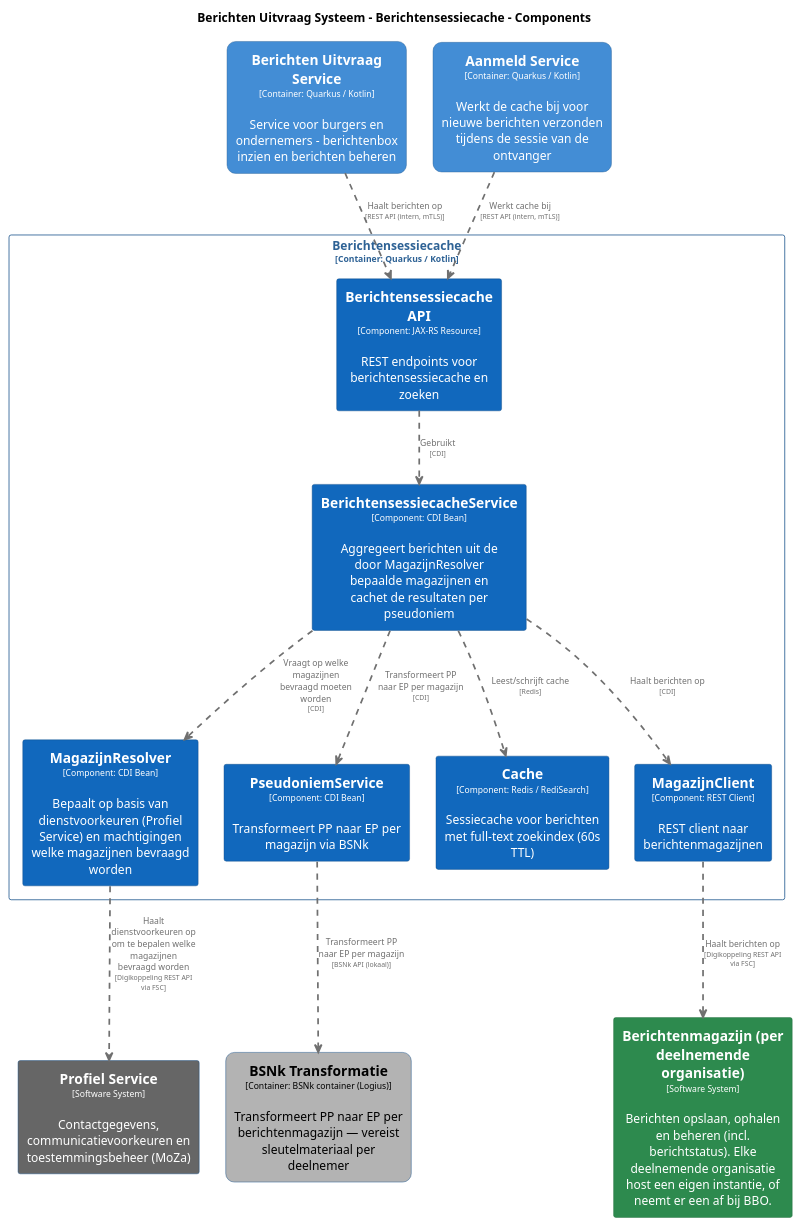
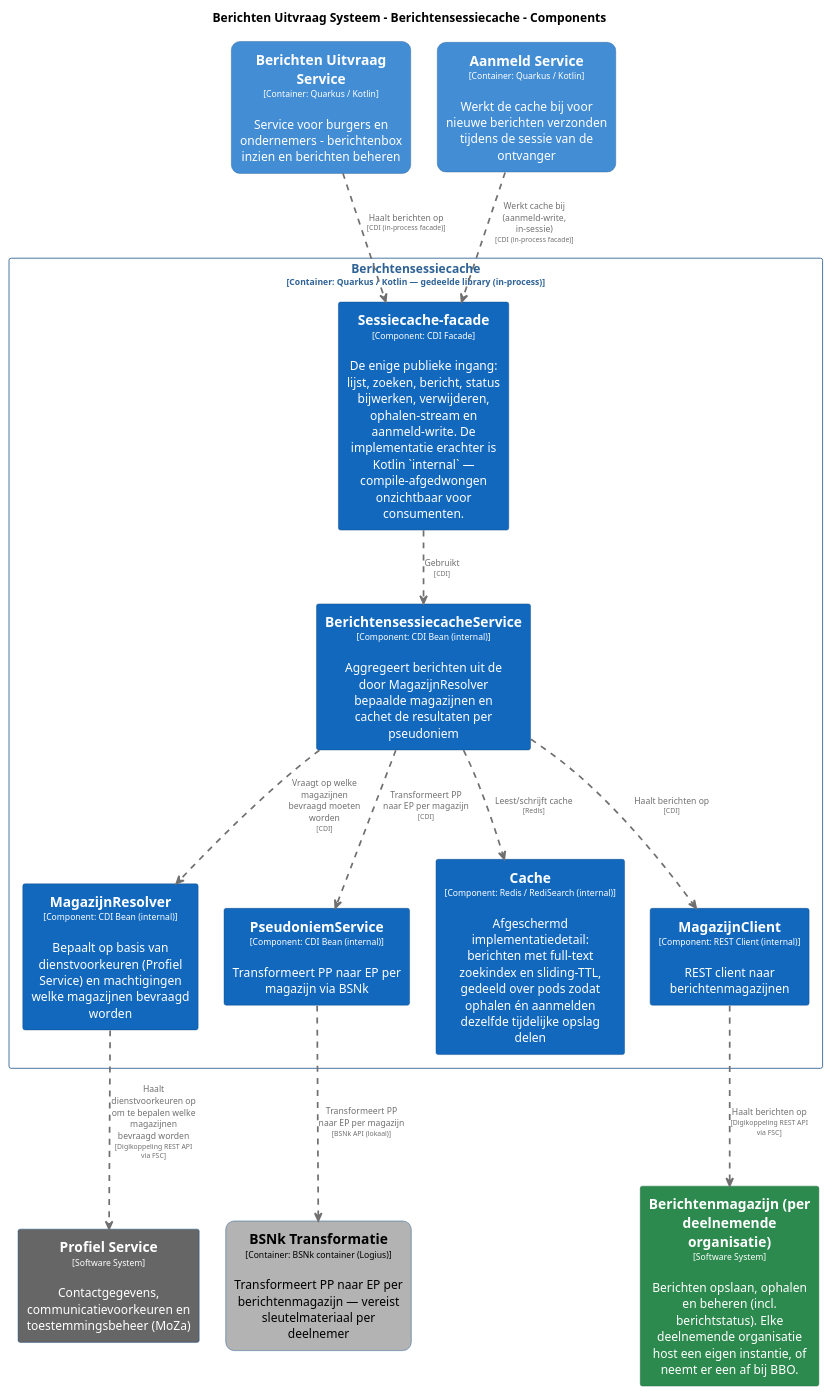
One commit to MinBZK/moza-poc-fbs-berichtenbox changed the diagram in master/puml/BerichtensessiecacheComponenten.puml. Above: the diagram before and after it, drawn with PlantUML. The commit also changed 17 other files, not shown here.

```diff
--- a/master/puml/BerichtensessiecacheComponenten.puml
+++ b/master/puml/BerichtensessiecacheComponenten.puml
@@ -1,118 +1,118 @@
 @startuml
 set separator none
 title Berichten Uitvraag Systeem - Berichtensessiecache - Components
 
 top to bottom direction
 skinparam ranksep 60
 skinparam nodesep 30
 
 skinparam {
   arrowFontSize 10
   defaultTextAlignment center
   wrapWidth 200
   maxMessageSize 100
 }
 
 hide stereotype
 
 skinparam rectangle<<BerichtenUitvraagSysteem.AanmeldService>> {
   BackgroundColor #438dd5
   FontColor #ffffff
   BorderColor #2e6295
   roundCorner 20
   shadowing false
 }
 skinparam rectangle<<BerichtenUitvraagSysteem.BSNkTransformatie>> {
   BackgroundColor #b3b3b3
   FontColor #000000
   BorderColor #0b4884
   roundCorner 20
   shadowing false
 }
 skinparam rectangle<<BerichtenUitvraagSysteem.BerichtenUitvraagService>> {
   BackgroundColor #438dd5
   FontColor #ffffff
   BorderColor #2e6295
   roundCorner 20
   shadowing false
 }
 skinparam rectangle<<Berichtenmagazijnperdeelnemendeorganisatie>> {
   BackgroundColor #2d8a4e
   FontColor #ffffff
   BorderColor #1e6b38
   shadowing false
 }
-skinparam rectangle<<BerichtenUitvraagSysteem.Berichtensessiecache.BerichtensessiecacheAPI>> {
-  BackgroundColor #1168bd
-  FontColor #ffffff
-  BorderColor #0b4884
-  shadowing false
-}
 skinparam rectangle<<BerichtenUitvraagSysteem.Berichtensessiecache.BerichtensessiecacheService>> {
   BackgroundColor #1168bd
   FontColor #ffffff
   BorderColor #0b4884
   shadowing false
 }
 skinparam rectangle<<BerichtenUitvraagSysteem.Berichtensessiecache.Cache>> {
   BackgroundColor #1168bd
   FontColor #ffffff
   BorderColor #0b4884
   shadowing false
 }
 skinparam rectangle<<BerichtenUitvraagSysteem.Berichtensessiecache.MagazijnClient>> {
   BackgroundColor #1168bd
   FontColor #ffffff
   BorderColor #0b4884
   shadowing false
 }
 skinparam rectangle<<BerichtenUitvraagSysteem.Berichtensessiecache.MagazijnResolver>> {
   BackgroundColor #1168bd
   FontColor #ffffff
   BorderColor #0b4884
   shadowing false
 }
 skinparam rectangle<<ProfielService>> {
   BackgroundColor #666666
   FontColor #ffffff
   BorderColor #0b4884
   shadowing false
 }
 skinparam rectangle<<BerichtenUitvraagSysteem.Berichtensessiecache.PseudoniemService>> {
   BackgroundColor #1168bd
   FontColor #ffffff
   BorderColor #0b4884
   shadowing false
 }
+skinparam rectangle<<BerichtenUitvraagSysteem.Berichtensessiecache.Sessiecachefacade>> {
+  BackgroundColor #1168bd
+  FontColor #ffffff
+  BorderColor #0b4884
+  shadowing false
+}
 skinparam rectangle<<BerichtenUitvraagSysteem.Berichtensessiecache>> {
   BorderColor #2e6295
   FontColor #2e6295
   shadowing false
 }
 
 rectangle "==Profiel Service\n<size:10>[Software System]</size>\n\nContactgegevens, communicatievoorkeuren en toestemmingsbeheer (MoZa)" <<ProfielService>> as ProfielService
 rectangle "==Berichtenmagazijn (per deelnemende organisatie)\n<size:10>[Software System]</size>\n\nBerichten opslaan, ophalen en beheren (incl. berichtstatus). Elke deelnemende organisatie host een eigen instantie, of neemt er een af bij BBO." <<Berichtenmagazijnperdeelnemendeorganisatie>> as Berichtenmagazijnperdeelnemendeorganisatie
 rectangle "==Berichten Uitvraag Service\n<size:10>[Container: Quarkus / Kotlin]</size>\n\nService voor burgers en ondernemers - berichtenbox inzien en berichten beheren" <<BerichtenUitvraagSysteem.BerichtenUitvraagService>> as BerichtenUitvraagSysteem.BerichtenUitvraagService
 rectangle "==BSNk Transformatie\n<size:10>[Container: BSNk container (Logius)]</size>\n\nTransformeert PP naar EP per berichtenmagazijn — vereist sleutelmateriaal per deelnemer" <<BerichtenUitvraagSysteem.BSNkTransformatie>> as BerichtenUitvraagSysteem.BSNkTransformatie
 rectangle "==Aanmeld Service\n<size:10>[Container: Quarkus / Kotlin]</size>\n\nWerkt de cache bij voor nieuwe berichten verzonden tijdens de sessie van de ontvanger" <<BerichtenUitvraagSysteem.AanmeldService>> as BerichtenUitvraagSysteem.AanmeldService
 
-rectangle "Berichtensessiecache\n<size:10>[Container: Quarkus / Kotlin]</size>" <<BerichtenUitvraagSysteem.Berichtensessiecache>> {
-  rectangle "==Berichtensessiecache API\n<size:10>[Component: JAX-RS Resource]</size>\n\nREST endpoints voor berichtensessiecache en zoeken" <<BerichtenUitvraagSysteem.Berichtensessiecache.BerichtensessiecacheAPI>> as BerichtenUitvraagSysteem.Berichtensessiecache.BerichtensessiecacheAPI
-  rectangle "==MagazijnResolver\n<size:10>[Component: CDI Bean]</size>\n\nBepaalt op basis van dienstvoorkeuren (Profiel Service) en machtigingen welke magazijnen bevraagd worden" <<BerichtenUitvraagSysteem.Berichtensessiecache.MagazijnResolver>> as BerichtenUitvraagSysteem.Berichtensessiecache.MagazijnResolver
-  rectangle "==PseudoniemService\n<size:10>[Component: CDI Bean]</size>\n\nTransformeert PP naar EP per magazijn via BSNk" <<BerichtenUitvraagSysteem.Berichtensessiecache.PseudoniemService>> as BerichtenUitvraagSysteem.Berichtensessiecache.PseudoniemService
-  rectangle "==BerichtensessiecacheService\n<size:10>[Component: CDI Bean]</size>\n\nAggregeert berichten uit de door MagazijnResolver bepaalde magazijnen en cachet de resultaten per pseudoniem" <<BerichtenUitvraagSysteem.Berichtensessiecache.BerichtensessiecacheService>> as BerichtenUitvraagSysteem.Berichtensessiecache.BerichtensessiecacheService
-  rectangle "==Cache\n<size:10>[Component: Redis / RediSearch]</size>\n\nSessiecache voor berichten met full-text zoekindex (60s TTL)" <<BerichtenUitvraagSysteem.Berichtensessiecache.Cache>> as BerichtenUitvraagSysteem.Berichtensessiecache.Cache
-  rectangle "==MagazijnClient\n<size:10>[Component: REST Client]</size>\n\nREST client naar berichtenmagazijnen" <<BerichtenUitvraagSysteem.Berichtensessiecache.MagazijnClient>> as BerichtenUitvraagSysteem.Berichtensessiecache.MagazijnClient
+rectangle "Berichtensessiecache\n<size:10>[Container: Quarkus / Kotlin — gedeelde library (in-process)]</size>" <<BerichtenUitvraagSysteem.Berichtensessiecache>> {
+  rectangle "==Sessiecache-facade\n<size:10>[Component: CDI Facade]</size>\n\nDe enige publieke ingang: lijst, zoeken, bericht, status bijwerken, verwijderen, ophalen-stream en aanmeld-write. De implementatie erachter is Kotlin `internal` — compile-afgedwongen onzichtbaar voor consumenten." <<BerichtenUitvraagSysteem.Berichtensessiecache.Sessiecachefacade>> as BerichtenUitvraagSysteem.Berichtensessiecache.Sessiecachefacade
+  rectangle "==MagazijnResolver\n<size:10>[Component: CDI Bean (internal)]</size>\n\nBepaalt op basis van dienstvoorkeuren (Profiel Service) en machtigingen welke magazijnen bevraagd worden" <<BerichtenUitvraagSysteem.Berichtensessiecache.MagazijnResolver>> as BerichtenUitvraagSysteem.Berichtensessiecache.MagazijnResolver
+  rectangle "==PseudoniemService\n<size:10>[Component: CDI Bean (internal)]</size>\n\nTransformeert PP naar EP per magazijn via BSNk" <<BerichtenUitvraagSysteem.Berichtensessiecache.PseudoniemService>> as BerichtenUitvraagSysteem.Berichtensessiecache.PseudoniemService
+  rectangle "==BerichtensessiecacheService\n<size:10>[Component: CDI Bean (internal)]</size>\n\nAggregeert berichten uit de door MagazijnResolver bepaalde magazijnen en cachet de resultaten per pseudoniem" <<BerichtenUitvraagSysteem.Berichtensessiecache.BerichtensessiecacheService>> as BerichtenUitvraagSysteem.Berichtensessiecache.BerichtensessiecacheService
+  rectangle "==Cache\n<size:10>[Component: Redis / RediSearch (internal)]</size>\n\nAfgeschermd implementatiedetail: berichten met full-text zoekindex en sliding-TTL, gedeeld over pods zodat ophalen én aanmelden dezelfde tijdelijke opslag delen" <<BerichtenUitvraagSysteem.Berichtensessiecache.Cache>> as BerichtenUitvraagSysteem.Berichtensessiecache.Cache
+  rectangle "==MagazijnClient\n<size:10>[Component: REST Client (internal)]</size>\n\nREST client naar berichtenmagazijnen" <<BerichtenUitvraagSysteem.Berichtensessiecache.MagazijnClient>> as BerichtenUitvraagSysteem.Berichtensessiecache.MagazijnClient
 }
 
 BerichtenUitvraagSysteem.Berichtensessiecache.MagazijnResolver .[#707070,thickness=2].> ProfielService : "<color:#707070>Haalt dienstvoorkeuren op om te bepalen welke magazijnen bevraagd worden\n<color:#707070><size:8>[Digikoppeling REST API via FSC]</size>"
 BerichtenUitvraagSysteem.Berichtensessiecache.MagazijnClient .[#707070,thickness=2].> Berichtenmagazijnperdeelnemendeorganisatie : "<color:#707070>Haalt berichten op\n<color:#707070><size:8>[Digikoppeling REST API via FSC]</size>"
-BerichtenUitvraagSysteem.Berichtensessiecache.BerichtensessiecacheAPI .[#707070,thickness=2].> BerichtenUitvraagSysteem.Berichtensessiecache.BerichtensessiecacheService : "<color:#707070>Gebruikt\n<color:#707070><size:8>[CDI]</size>"
+BerichtenUitvraagSysteem.Berichtensessiecache.Sessiecachefacade .[#707070,thickness=2].> BerichtenUitvraagSysteem.Berichtensessiecache.BerichtensessiecacheService : "<color:#707070>Gebruikt\n<color:#707070><size:8>[CDI]</size>"
 BerichtenUitvraagSysteem.Berichtensessiecache.BerichtensessiecacheService .[#707070,thickness=2].> BerichtenUitvraagSysteem.Berichtensessiecache.MagazijnResolver : "<color:#707070>Vraagt op welke magazijnen bevraagd moeten worden\n<color:#707070><size:8>[CDI]</size>"
 BerichtenUitvraagSysteem.Berichtensessiecache.BerichtensessiecacheService .[#707070,thickness=2].> BerichtenUitvraagSysteem.Berichtensessiecache.PseudoniemService : "<color:#707070>Transformeert PP naar EP per magazijn\n<color:#707070><size:8>[CDI]</size>"
 BerichtenUitvraagSysteem.Berichtensessiecache.BerichtensessiecacheService .[#707070,thickness=2].> BerichtenUitvraagSysteem.Berichtensessiecache.Cache : "<color:#707070>Leest/schrijft cache\n<color:#707070><size:8>[Redis]</size>"
 BerichtenUitvraagSysteem.Berichtensessiecache.BerichtensessiecacheService .[#707070,thickness=2].> BerichtenUitvraagSysteem.Berichtensessiecache.MagazijnClient : "<color:#707070>Haalt berichten op\n<color:#707070><size:8>[CDI]</size>"
 BerichtenUitvraagSysteem.Berichtensessiecache.PseudoniemService .[#707070,thickness=2].> BerichtenUitvraagSysteem.BSNkTransformatie : "<color:#707070>Transformeert PP naar EP per magazijn\n<color:#707070><size:8>[BSNk API (lokaal)]</size>"
-BerichtenUitvraagSysteem.AanmeldService .[#707070,thickness=2].> BerichtenUitvraagSysteem.Berichtensessiecache.BerichtensessiecacheAPI : "<color:#707070>Werkt cache bij\n<color:#707070><size:8>[REST API (intern, mTLS)]</size>"
-BerichtenUitvraagSysteem.BerichtenUitvraagService .[#707070,thickness=2].> BerichtenUitvraagSysteem.Berichtensessiecache.BerichtensessiecacheAPI : "<color:#707070>Haalt berichten op\n<color:#707070><size:8>[REST API (intern, mTLS)]</size>"
+BerichtenUitvraagSysteem.AanmeldService .[#707070,thickness=2].> BerichtenUitvraagSysteem.Berichtensessiecache.Sessiecachefacade : "<color:#707070>Werkt cache bij (aanmeld-write, in-sessie)\n<color:#707070><size:8>[CDI (in-process facade)]</size>"
+BerichtenUitvraagSysteem.BerichtenUitvraagService .[#707070,thickness=2].> BerichtenUitvraagSysteem.Berichtensessiecache.Sessiecachefacade : "<color:#707070>Haalt berichten op\n<color:#707070><size:8>[CDI (in-process facade)]</size>"
 @enduml
```
